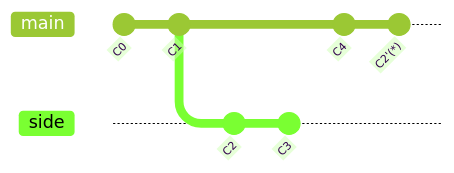
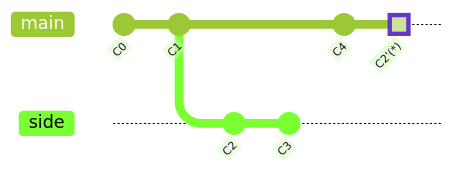
One commit to heng1025/git-slides changed the ninth of 11 diagrams in slides.md. Above: the diagram before and after it, drawn with Mermaid (forest theme). The commit also changed other lines of this file and 1 other file, not shown here.

````diff
--- a/slides.md
+++ b/slides.md
@@ -271,11 +282,11 @@
 ```mermaid
 gitGraph
   commit id: "C0"
   commit id: "C1"
   branch side
   commit id: "C2"
   commit id: "C3"
   checkout main
   commit id: "C4"
-  commit id: "C2'(*)"
+  commit id: "C2'(*)" type: HIGHLIGHT
 ```
````
